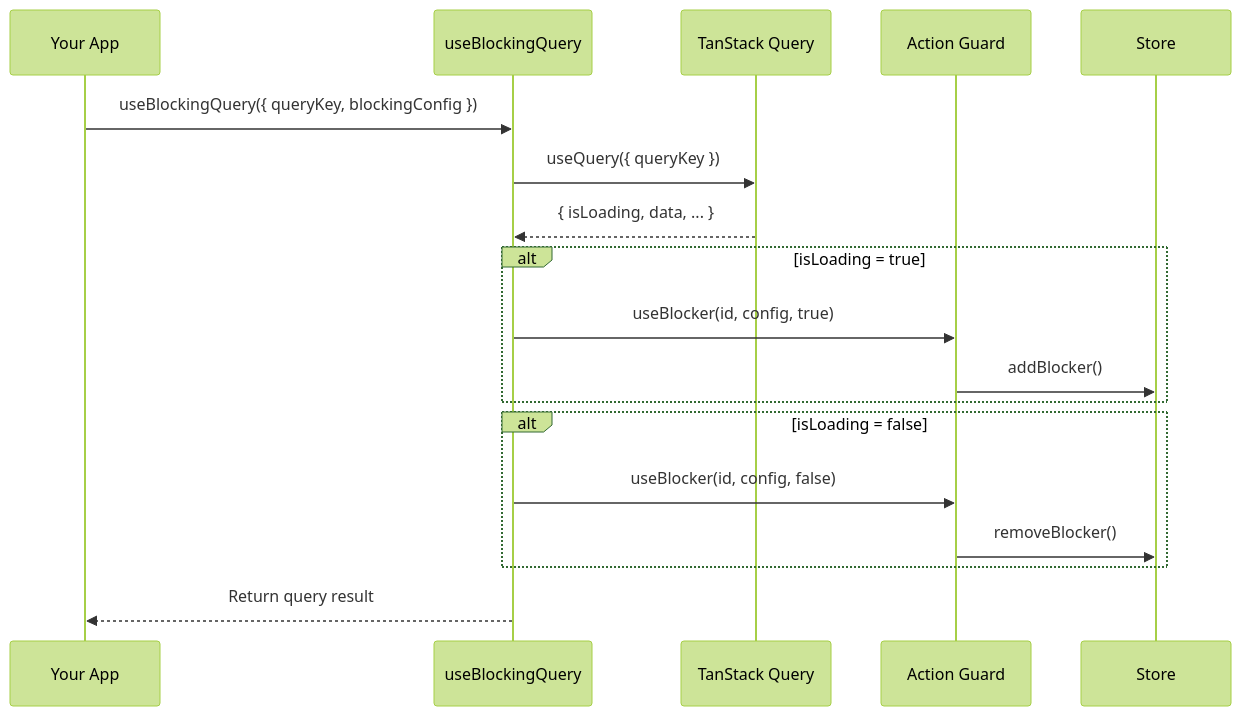
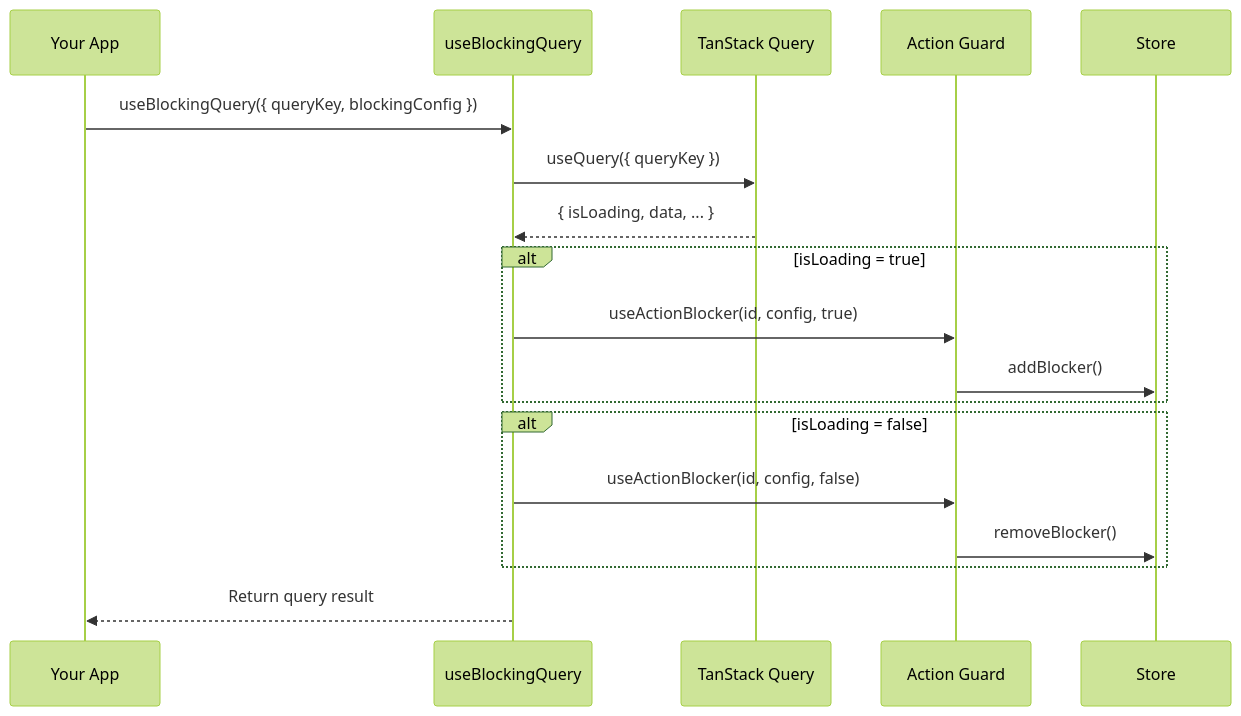
One commit to okyrychenko-dev/react-action-guard changed the third of 3 diagrams in packages/docs/src/architecture/index.md. Above: the diagram before and after it, drawn with Mermaid (forest theme). The commit also changed other lines of this file and 39 other files, not shown here.

````diff
--- a/packages/docs/src/architecture/index.md
+++ b/packages/docs/src/architecture/index.md
@@ -180,24 +180,24 @@
 ```mermaid
 sequenceDiagram
     participant App as Your App
     participant BlockingHook as useBlockingQuery
     participant TanStack as TanStack Query
     participant ActionGuard as Action Guard
     participant Store as Store
     
     App->>BlockingHook: useBlockingQuery({ queryKey, blockingConfig })
     BlockingHook->>TanStack: useQuery({ queryKey })
     TanStack-->>BlockingHook: { isLoading, data, ... }
     
     alt isLoading = true
-        BlockingHook->>ActionGuard: useBlocker(id, config, true)
+        BlockingHook->>ActionGuard: useActionBlocker(id, config, true)
         ActionGuard->>Store: addBlocker()
     end
     
     alt isLoading = false
-        BlockingHook->>ActionGuard: useBlocker(id, config, false)
+        BlockingHook->>ActionGuard: useActionBlocker(id, config, false)
         ActionGuard->>Store: removeBlocker()
     end
     
     BlockingHook-->>App: Return query result
 ```
````
